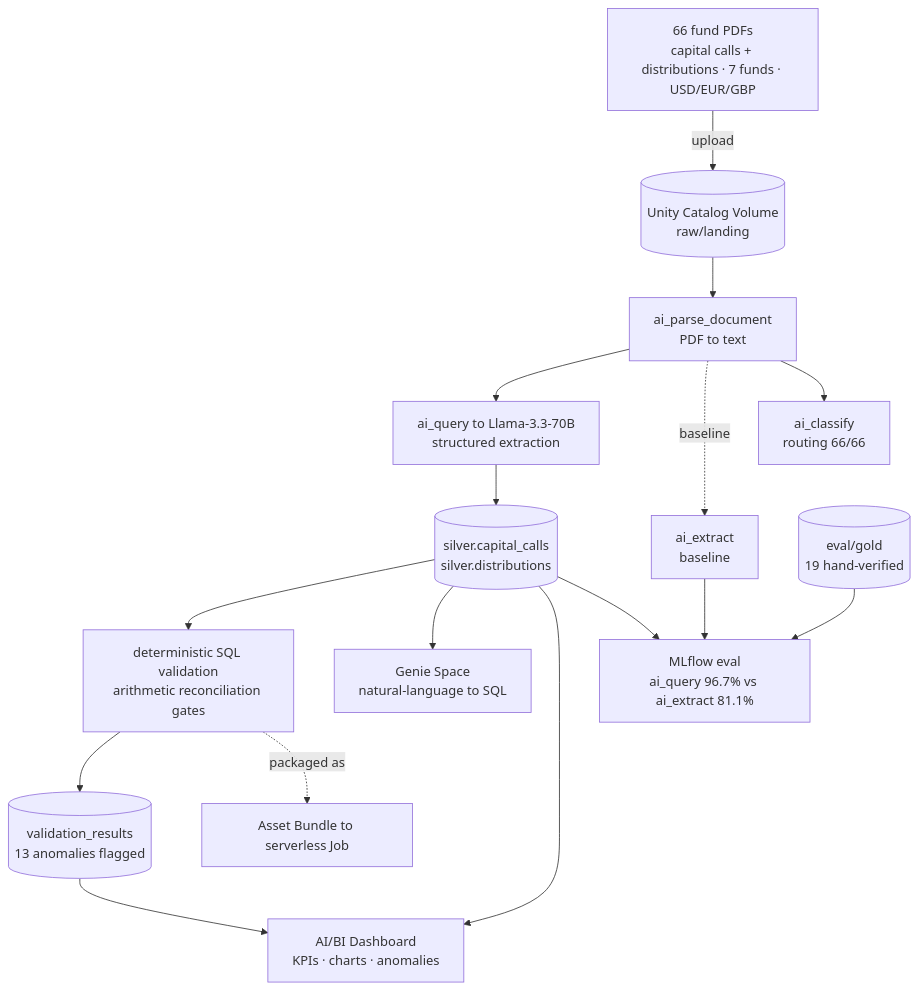
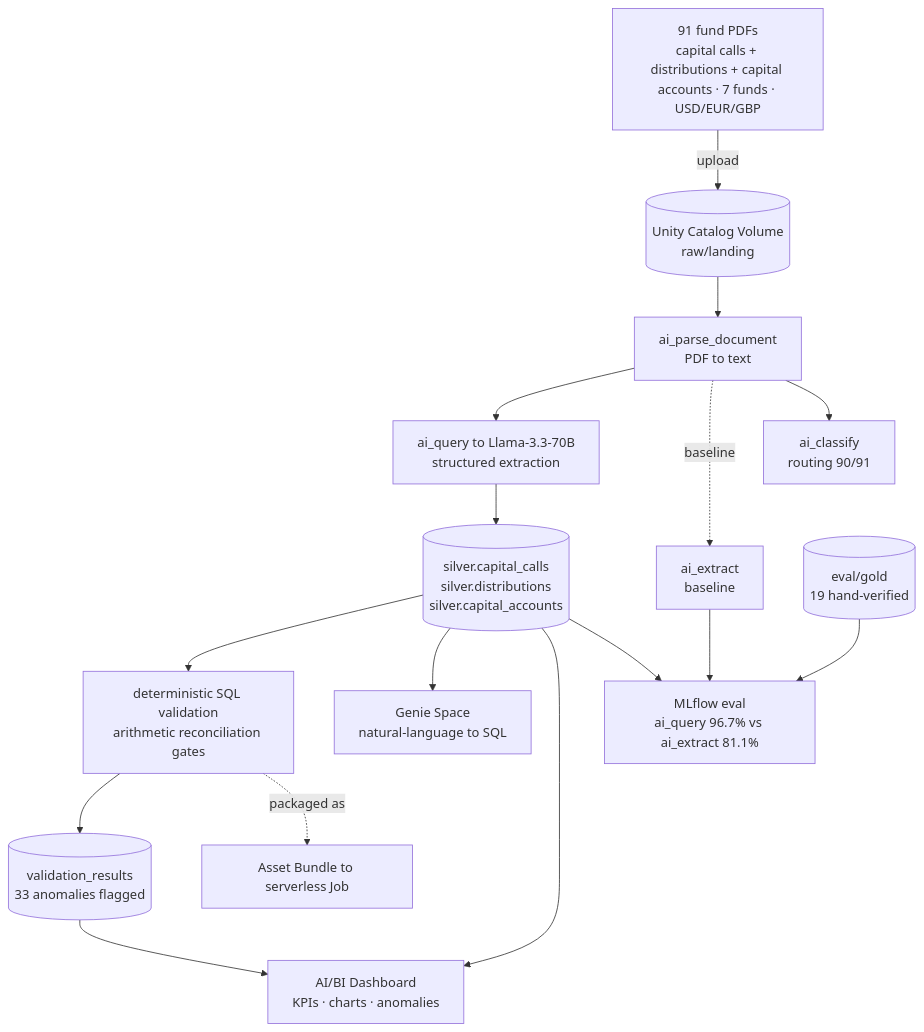
Before and after one commit to davendra/agentic-fund-ops: the diagram in README.md, drawn with Mermaid. The commit also changed other lines of this file and 52 other files, not shown here.

````diff
--- a/README.md
+++ b/README.md
@@ -51,29 +51,29 @@
 ```mermaid
 flowchart TD
-    PDF["66 fund PDFs<br/>capital calls + distributions · 7 funds · USD/EUR/GBP"]
+    PDF["91 fund PDFs<br/>capital calls + distributions + capital accounts · 7 funds · USD/EUR/GBP"]
     VOL[("Unity Catalog Volume<br/>raw/landing")]
     PARSE["ai_parse_document<br/>PDF to text"]
     EXTRACT["ai_query to Llama-3.3-70B<br/>structured extraction"]
     BASE["ai_extract<br/>baseline"]
-    CLS["ai_classify<br/>routing 66/66"]
-    SILVER[("silver.capital_calls<br/>silver.distributions")]
+    CLS["ai_classify<br/>routing 90/91"]
+    SILVER[("silver.capital_calls<br/>silver.distributions<br/>silver.capital_accounts")]
     VALIDATE["deterministic SQL validation<br/>arithmetic reconciliation gates"]
-    VR[("validation_results<br/>13 anomalies flagged")]
+    VR[("validation_results<br/>33 anomalies flagged")]
     GENIE["Genie Space<br/>natural-language to SQL"]
     DASH["AI/BI Dashboard<br/>KPIs · charts · anomalies"]
     EVAL["MLflow eval<br/>ai_query 96.7% vs ai_extract 81.1%"]
     GOLD[("eval/gold<br/>19 hand-verified")]
     DAB["Asset Bundle to serverless Job"]
 
     PDF -->|upload| VOL --> PARSE --> EXTRACT --> SILVER
     PARSE -. baseline .-> BASE
     PARSE --> CLS
     SILVER --> VALIDATE --> VR
     SILVER --> GENIE
     SILVER --> DASH
     VR --> DASH
     SILVER --> EVAL
     BASE --> EVAL
     GOLD --> EVAL
     VALIDATE -. packaged as .-> DAB
 ```
````
